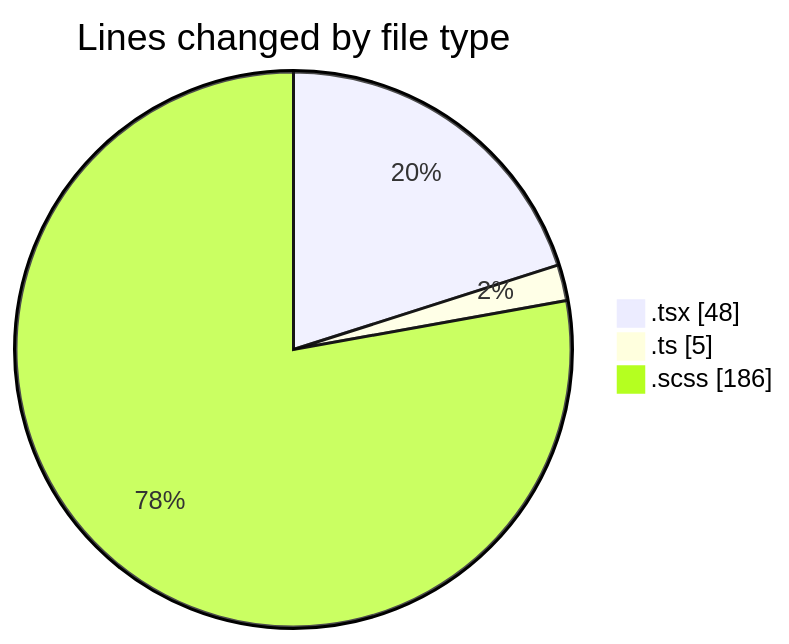
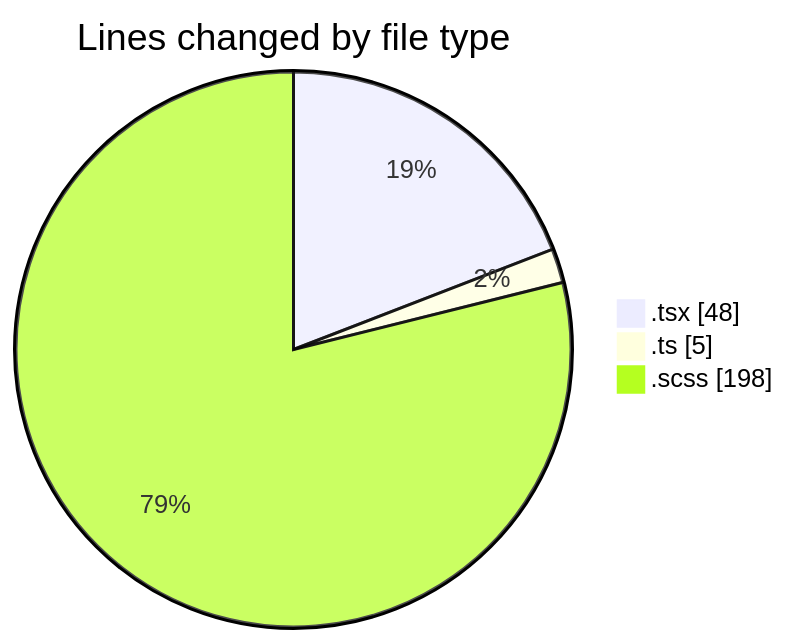
One commit to momahboobian/code-tracking changed the first of 2 diagrams in 2025-02-28/cda/README.md. Above: the diagram before and after it, drawn with Mermaid. The commit also changed other lines of this file and 1 other file, not shown here.

````diff
--- a/2025-02-28/cda/README.md
+++ b/2025-02-28/cda/README.md
@@ -24,7 +24,7 @@
 ```mermaid
 pie showData
 title Lines changed by file type
 ".tsx" : 48
 ".ts" : 5
-".scss" : 186
+".scss" : 198
 ```
````
